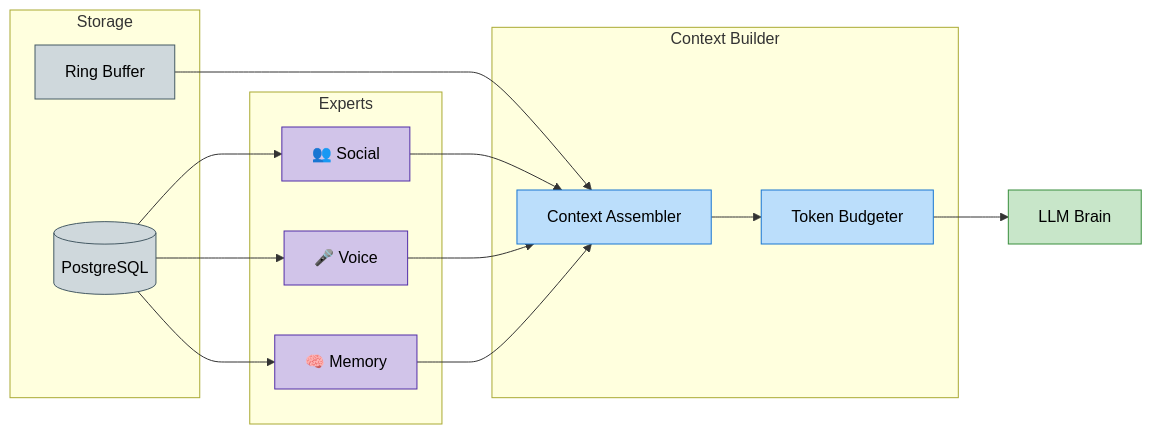
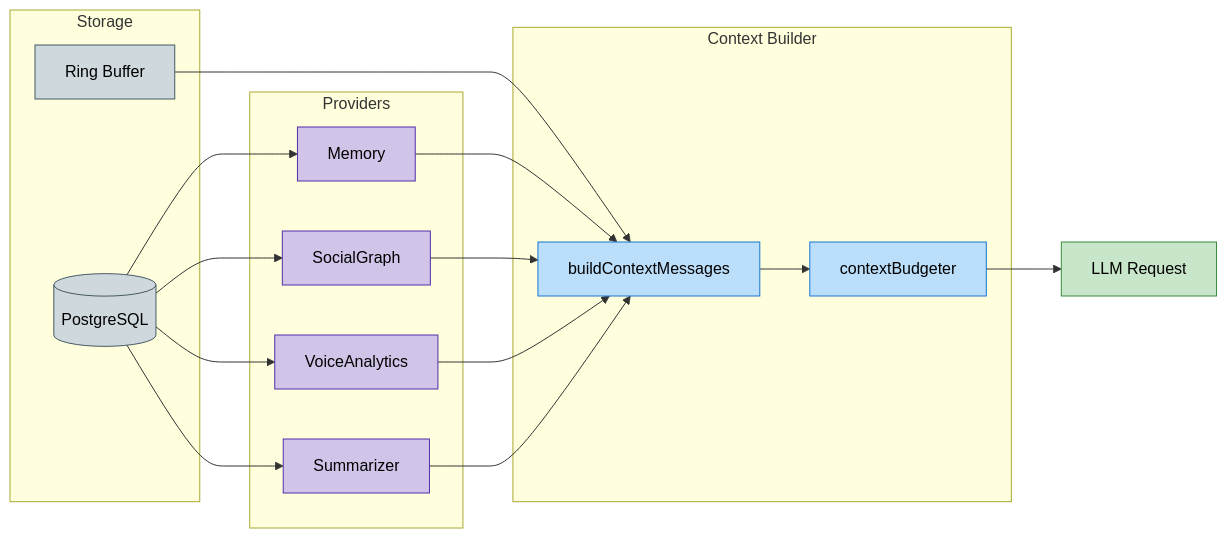
One commit to BokX1/Sage changed the diagram in docs/architecture/memory_system.md. Above: the diagram before and after it, drawn with Mermaid. The commit also changed other lines of this file and 66 other files, not shown here.

````diff
--- a/docs/architecture/memory_system.md
+++ b/docs/architecture/memory_system.md
@@ -54,35 +55,35 @@
 ```mermaid
 flowchart LR
-    %% How persistent + short-term context is assembled into an LLM prompt.
     classDef storage fill:#cfd8dc,stroke:#455a64,color:black
-    classDef expert fill:#d1c4e9,stroke:#512da8,color:black
+    classDef provider fill:#d1c4e9,stroke:#512da8,color:black
     classDef builder fill:#bbdefb,stroke:#1976d2,color:black
     classDef llm fill:#c8e6c9,stroke:#388e3c,color:black
 
     subgraph Storage
         DB[(PostgreSQL)]:::storage
         RB[Ring Buffer]:::storage
     end
 
-    subgraph Experts
-        SE[👥 Social]:::expert
-        VE[🎤 Voice]:::expert
-        ME[🧠 Memory]:::expert
+    subgraph Providers
+        MP[Memory]:::provider
+        SP[SocialGraph]:::provider
+        VP[VoiceAnalytics]:::provider
+        SU[Summarizer]:::provider
     end
 
     subgraph Context_Builder["Context Builder"]
-        MB[Context Assembler]:::builder
-        Budget[Token Budgeter]:::builder
+        MB[buildContextMessages]:::builder
+        Budget[contextBudgeter]:::builder
     end
 
-    DB --> SE
-    DB --> VE
-    DB --> ME
-
+    DB --> MP
+    DB --> SP
+    DB --> VP
+    DB --> SU
     RB --> MB
-    SE --> MB
-    VE --> MB
-    ME --> MB
-
-    MB --> Budget --> LLM[LLM Brain]:::llm
+    MP --> MB
+    SP --> MB
+    VP --> MB
+    SU --> MB
+    MB --> Budget --> LLM[LLM Request]:::llm
 ```
````
